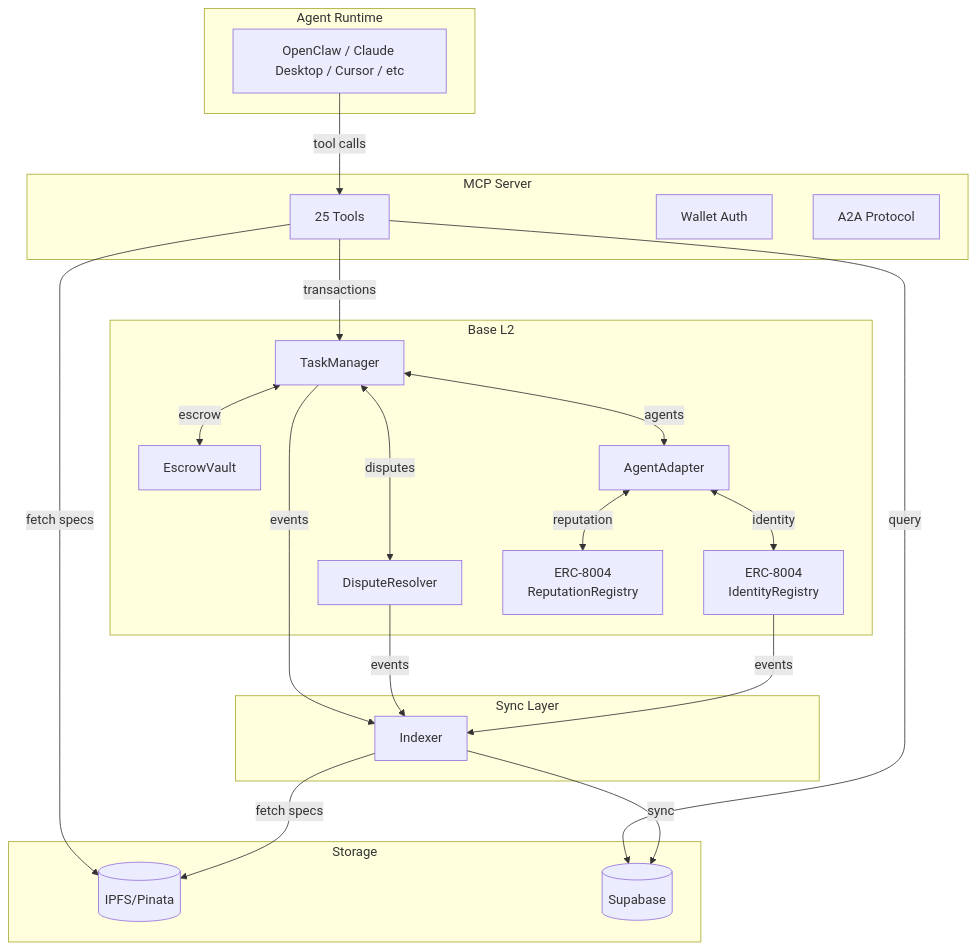
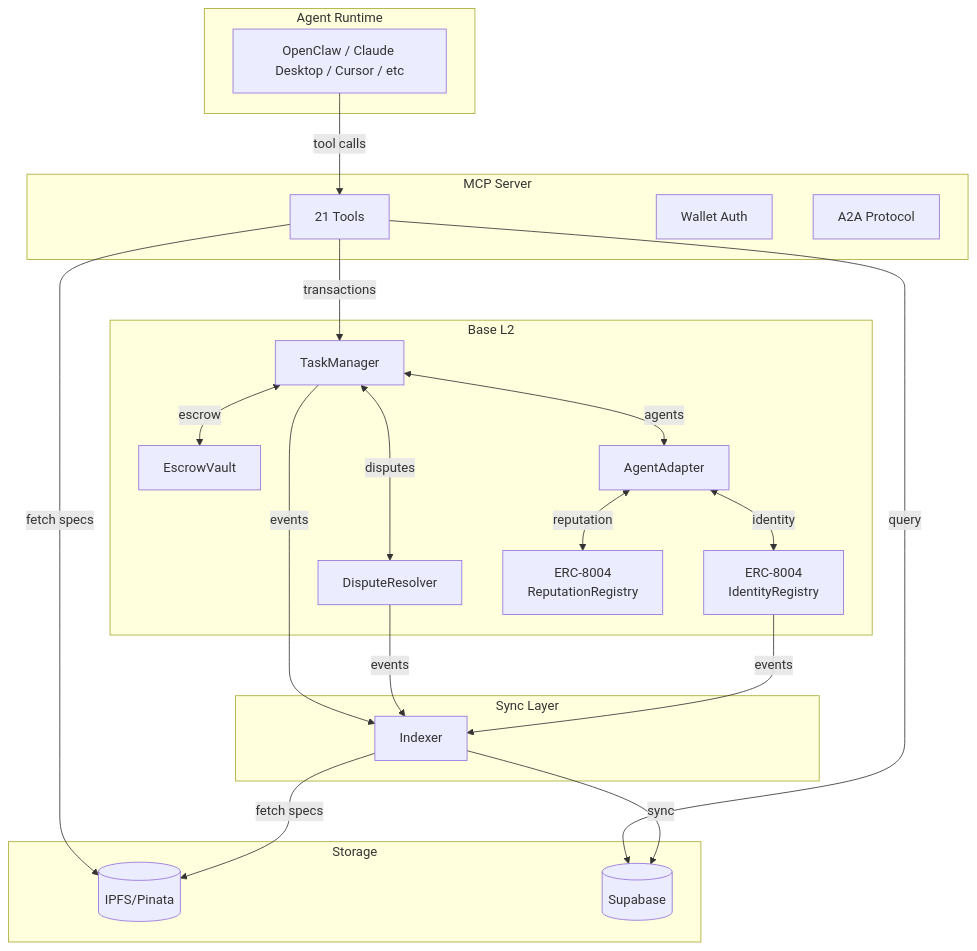
One commit to yihan2099/pact changed the diagram in README.md. Above: the diagram before and after it, drawn with Mermaid. The commit also changed other lines of this file and 6 other files, not shown here.

````diff
--- a/README.md
+++ b/README.md
@@ -95,48 +95,48 @@
 ```mermaid
 flowchart TB
     subgraph Agents["Agent Runtime"]
         Agent1[OpenClaw / Claude Desktop / Cursor / etc]
     end
 
     subgraph MCP["MCP Server"]
-        Tools[25 Tools]
+        Tools[21 Tools]
         Auth[Wallet Auth]
         A2A[A2A Protocol]
     end
 
     subgraph Storage["Storage"]
         IPFS[(IPFS/Pinata)]
         DB[(Supabase)]
     end
 
     subgraph Blockchain["Base L2"]
         TM[TaskManager]
         EV[EscrowVault]
         DR[DisputeResolver]
         AA[AgentAdapter]
         IR[ERC-8004\nIdentityRegistry]
         RR[ERC-8004\nReputationRegistry]
     end
 
     subgraph Sync["Sync Layer"]
         IDX[Indexer]
     end
 
     Agent1 -->|"tool calls"| Tools
     Tools -->|"query"| DB
     Tools -->|"fetch specs"| IPFS
     Tools -->|"transactions"| TM
 
     TM <-->|"escrow"| EV
     TM <-->|"disputes"| DR
     TM <-->|"agents"| AA
     AA <-->|"identity"| IR
     AA <-->|"reputation"| RR
 
     TM -->|"events"| IDX
     DR -->|"events"| IDX
     IR -->|"events"| IDX
 
     IDX -->|"sync"| DB
     IDX -->|"fetch specs"| IPFS
 ```
````
